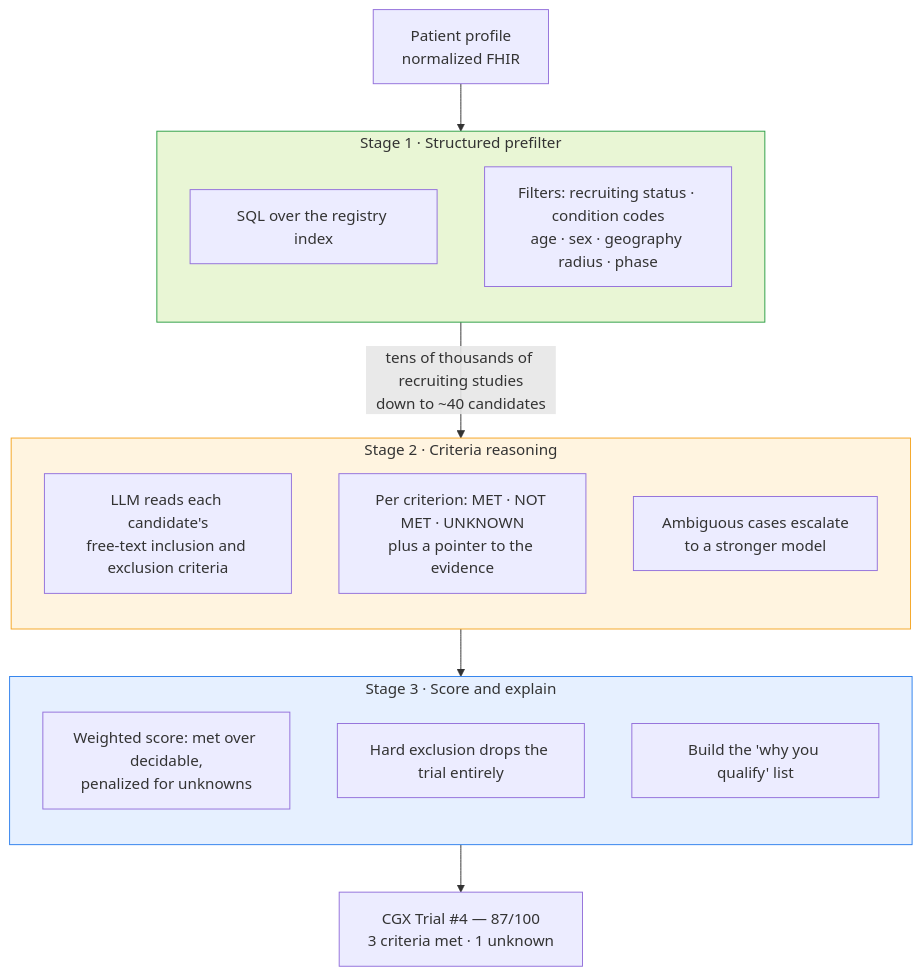
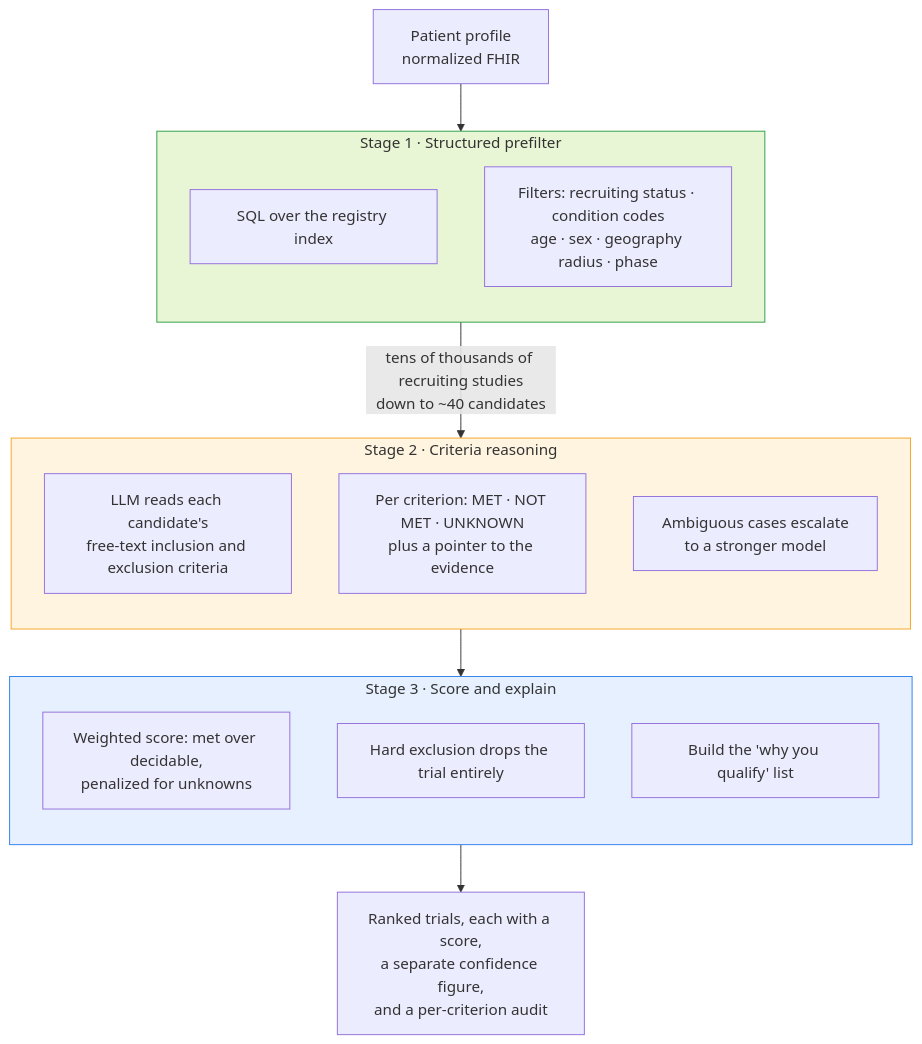
Before and after one commit to charlieramus/openhealth: the third of 5 diagrams in docs/ARCHITECTURE.md, drawn with Mermaid. The commit also changed other lines of this file and 18 other files, not shown here.

````diff
--- a/docs/ARCHITECTURE.md
+++ b/docs/ARCHITECTURE.md
@@ -137,34 +172,34 @@
 ```mermaid
 flowchart TB
   START["Patient profile<br/>normalized FHIR"] --> S1
 
   subgraph S1["Stage 1 · Structured prefilter"]
     direction TB
     S1A["SQL over the registry index"]
     S1B["Filters: recruiting status · condition codes<br/>age · sex · geography radius · phase"]
   end
 
   S1 -->|"tens of thousands of recruiting studies<br/>down to ~40 candidates"| S2
 
   subgraph S2["Stage 2 · Criteria reasoning"]
     direction TB
     S2A["LLM reads each candidate's<br/>free-text inclusion and exclusion criteria"]
     S2B["Per criterion: MET · NOT MET · UNKNOWN<br/>plus a pointer to the evidence"]
     S2C["Ambiguous cases escalate<br/>to a stronger model"]
   end
 
   S2 --> S3
 
   subgraph S3["Stage 3 · Score and explain"]
     direction TB
     S3A["Weighted score: met over decidable,<br/>penalized for unknowns"]
     S3B["Hard exclusion drops the trial entirely"]
     S3C["Build the 'why you qualify' list"]
   end
 
-  S3 --> OUT["CGX Trial #4 — 87/100<br/>3 criteria met · 1 unknown"]
+  S3 --> OUT["Ranked trials, each with a score,<br/>a separate confidence figure,<br/>and a per-criterion audit"]
 
   style S1 fill:#e9f6d5,stroke:#2c9f45
   style S2 fill:#fff4e0,stroke:#f5a524
   style S3 fill:#e6f0ff,stroke:#2f80ed
 ```
````
